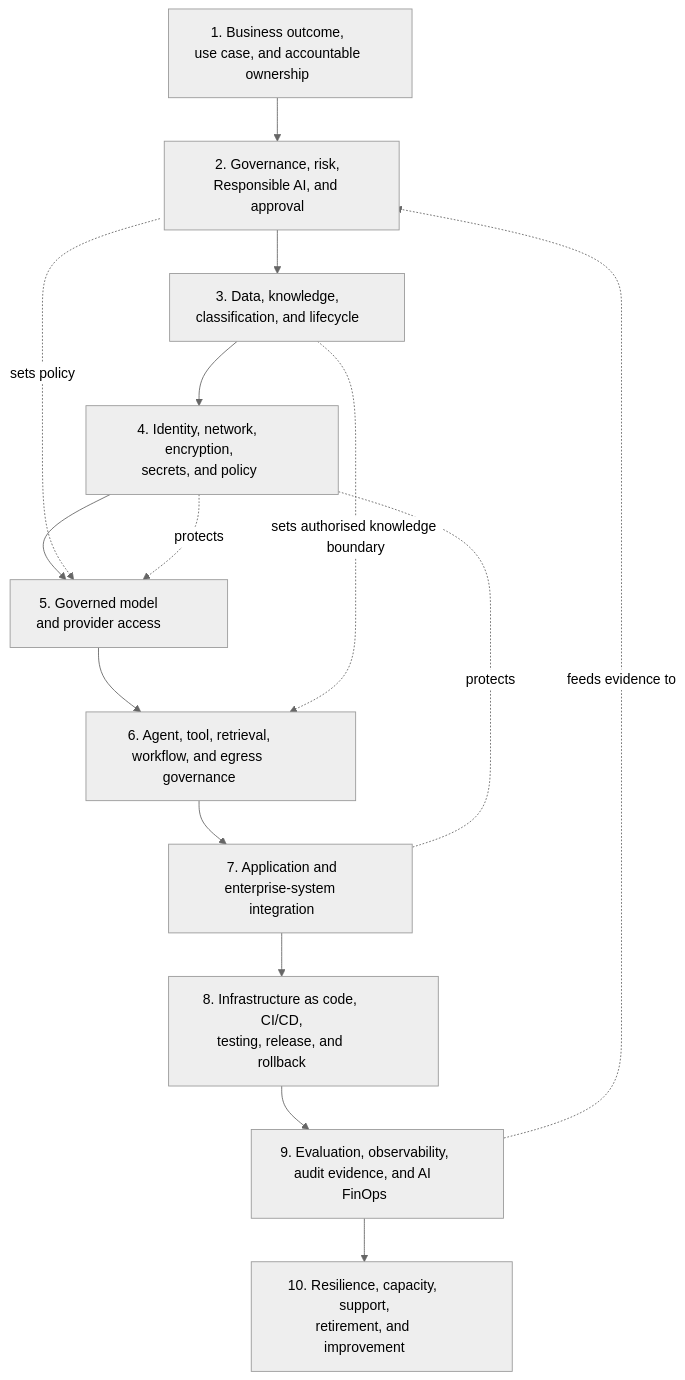
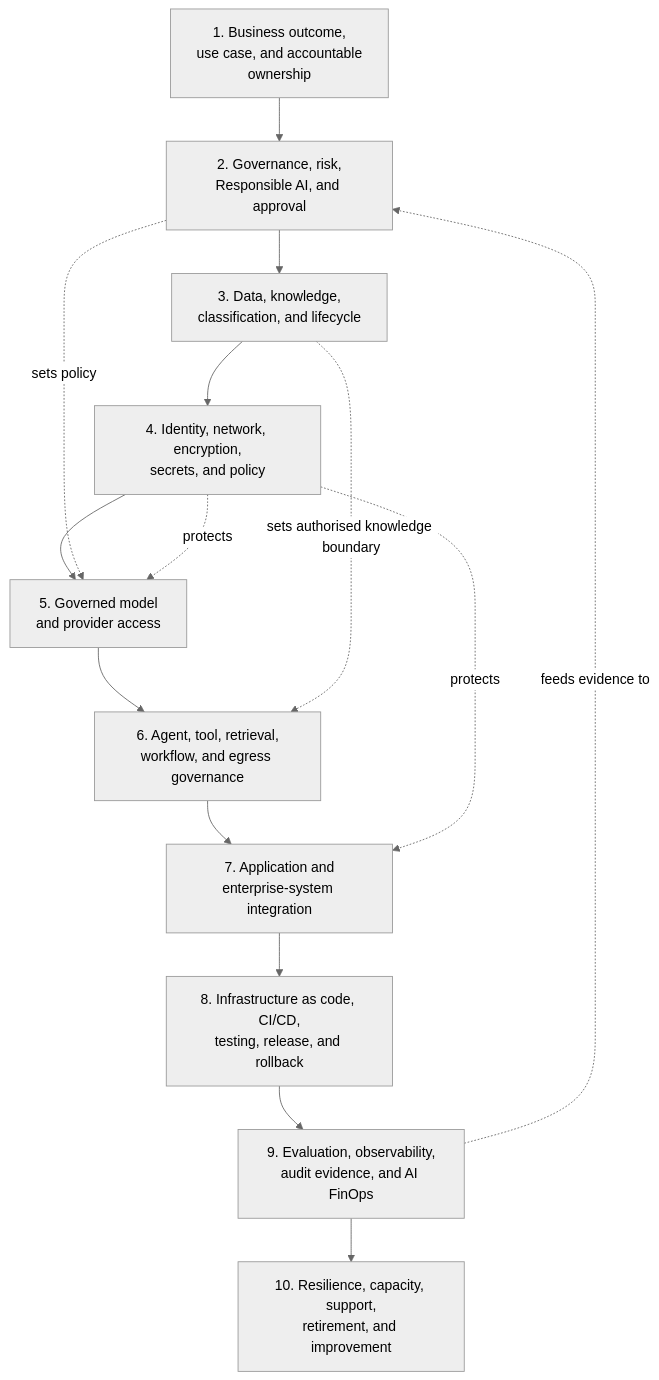
One commit to afaryy/cloudai-platform changed the second of 3 diagrams in docs/architecture.md. Above: the diagram before and after it, drawn with Mermaid (neutral theme). The commit also changed other lines of this file and 1 other file, not shown here.

Commit message:
docs: rely on Mermaid label sizing

````diff
--- a/docs/architecture.md
+++ b/docs/architecture.md
@@ -78,32 +70,22 @@
 ```mermaid
 flowchart TB
   intake["1. Business outcome,<br/>use case, and accountable<br/>ownership"]
   risk["2. Governance, risk,<br/>Responsible AI, and approval"]
   data["3. Data, knowledge,<br/>classification, and lifecycle"]
   foundation["4. Identity, network, encryption,<br/>secrets, and policy"]
   model["5. Governed model<br/>and provider access"]
   traffic["6. Agent, tool, retrieval,<br/>workflow, and egress governance"]
   integration["7. Application and<br/>enterprise-system integration"]
   delivery["8. Infrastructure as code, CI/CD,<br/>testing, release, and rollback"]
   operations["9. Evaluation, observability,<br/>audit evidence, and AI FinOps"]
   lifecycle["10. Resilience, capacity, support,<br/>retirement, and improvement"]
 
   intake --> risk --> data --> foundation --> model --> traffic --> integration
   integration --> delivery --> operations --> lifecycle
   risk -. "sets policy" .-> model
   data -. "sets authorised knowledge boundary" .-> traffic
   foundation -. "protects" .-> model
   foundation -. "protects" .-> integration
   operations -. "feeds evidence to" .-> risk
 
-  style intake width:280px
-  style risk width:270px
-  style data width:270px
-  style foundation width:290px
-  style model width:250px
-  style traffic width:310px
-  style integration width:280px
-  style delivery width:310px
-  style operations width:290px
-  style lifecycle width:300px
 ```
````
